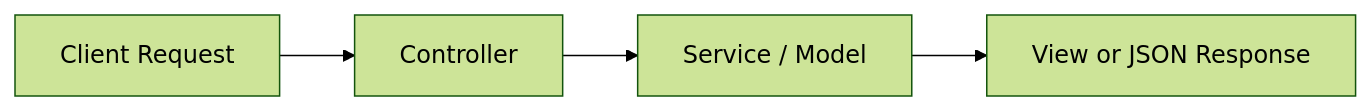
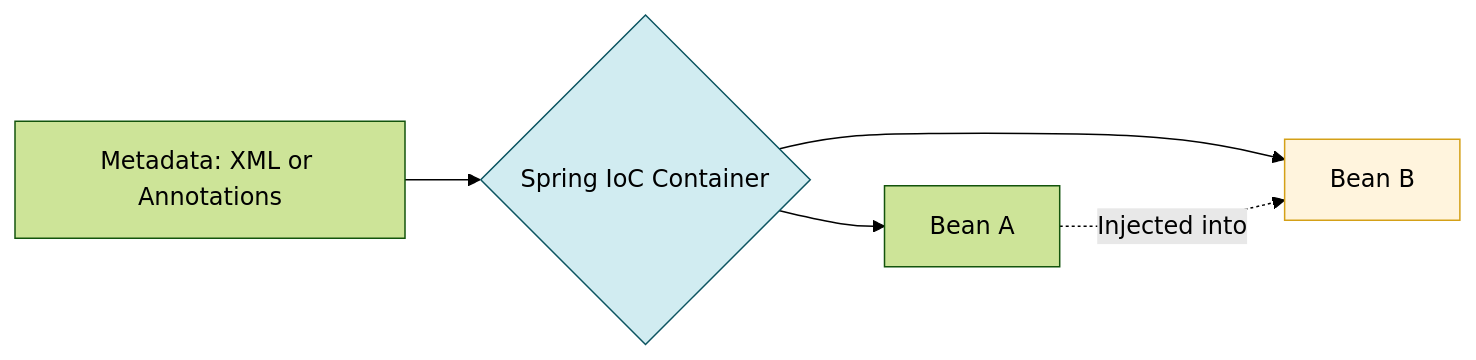
One commit to himwak2001/java-full-stack-interview-questions-answers changed the fifth of 31 diagrams in spring/spring_interview_questions/interview_questions.md. Above: the diagram before and after it, drawn with Mermaid (forest theme). The commit also changed other lines of this file, not shown here.

````diff
--- a/spring/spring_interview_questions/interview_questions.md
+++ b/spring/spring_interview_questions/interview_questions.md
@@ -444,6 +278,10 @@
   ```mermaid
-  flowchart LR
-    A[Client Request] --> B[Controller]
-    B --> C[Service / Model]
-    C --> D[View or JSON Response]
+  graph LR
+    A[Metadata: XML or Annotations] --> B{Spring IoC Container}
+    B --> C[Bean A]
+    B --> D[Bean B]
+    C -.->|Injected into| D
+    
+    style B fill:#d1ecf1,stroke:#0c5460
+    style D fill:#fff4dd,stroke:#d4a017
   ```
````
